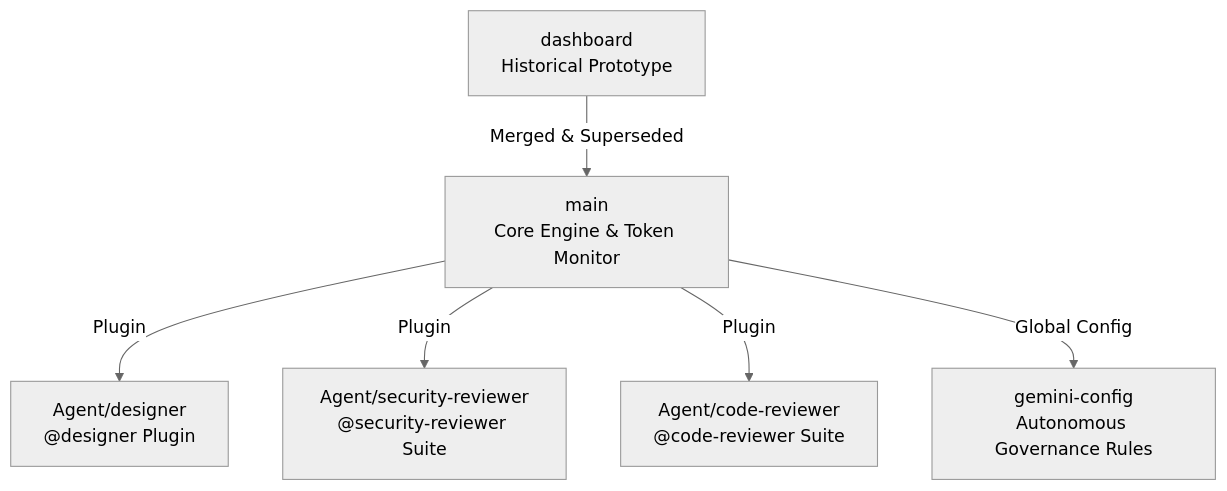
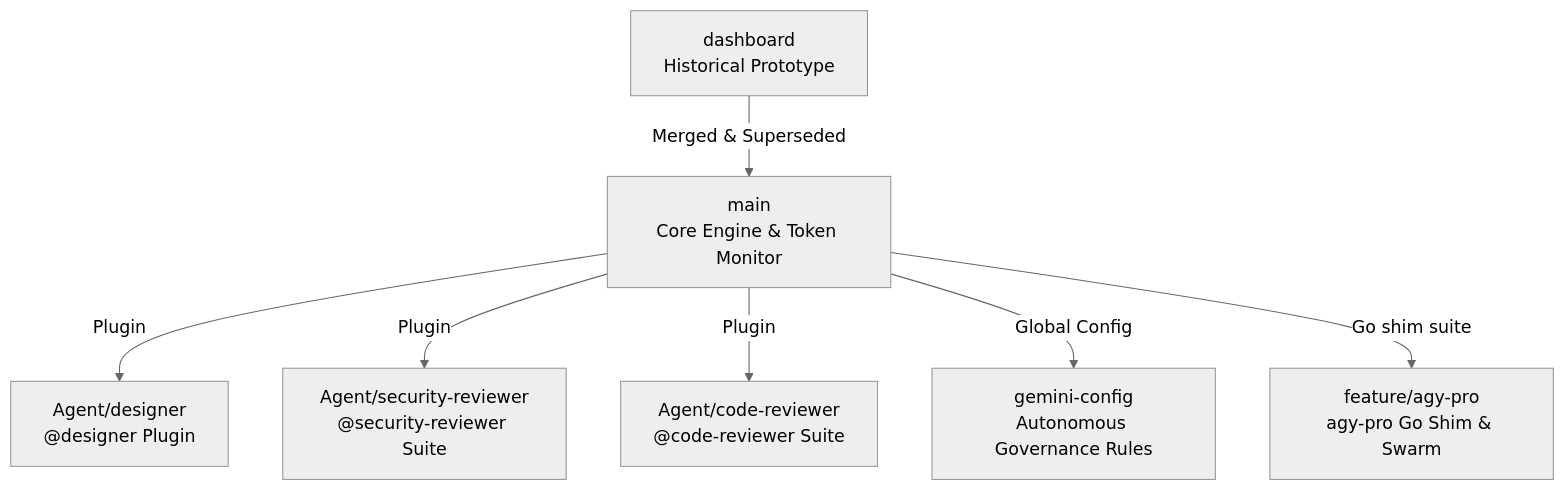
The second of 2 diagrams in README.md (myk1yt/agy-pro), drawn with Mermaid (neutral theme) before and after one commit. The commit also changed other lines of this file and 8 other files, not shown here.

First line of the commit message:
docs: align README/manual with shipped behavior, add bridge architecture

````diff
--- a/README.md
+++ b/README.md
@@ -75,15 +75,17 @@
 ```mermaid
 flowchart TD
     Core["main\nCore Engine & Token Monitor"]
     Des["Agent/designer\n@designer Plugin"]
     Sec["Agent/security-reviewer\n@security-reviewer Suite"]
     CodeRev["Agent/code-reviewer\n@code-reviewer Suite"]
     Gov["gemini-config\nAutonomous Governance Rules"]
+    Pro["feature/agy-pro\nagy-pro Go Shim & Swarm"]
     Dash["dashboard\nHistorical Prototype"]
     
     Core -->|Plugin| Des
     Core -->|Plugin| Sec
     Core -->|Plugin| CodeRev
     Core -->|Global Config| Gov
+    Core -->|Go shim suite| Pro
     Dash -->|Merged & Superseded| Core
 ```
````
